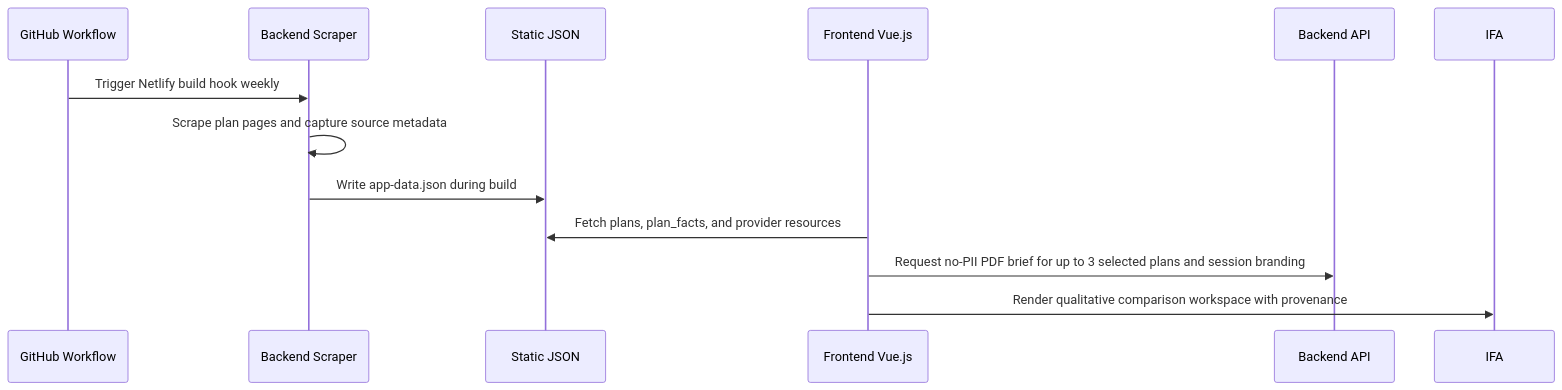
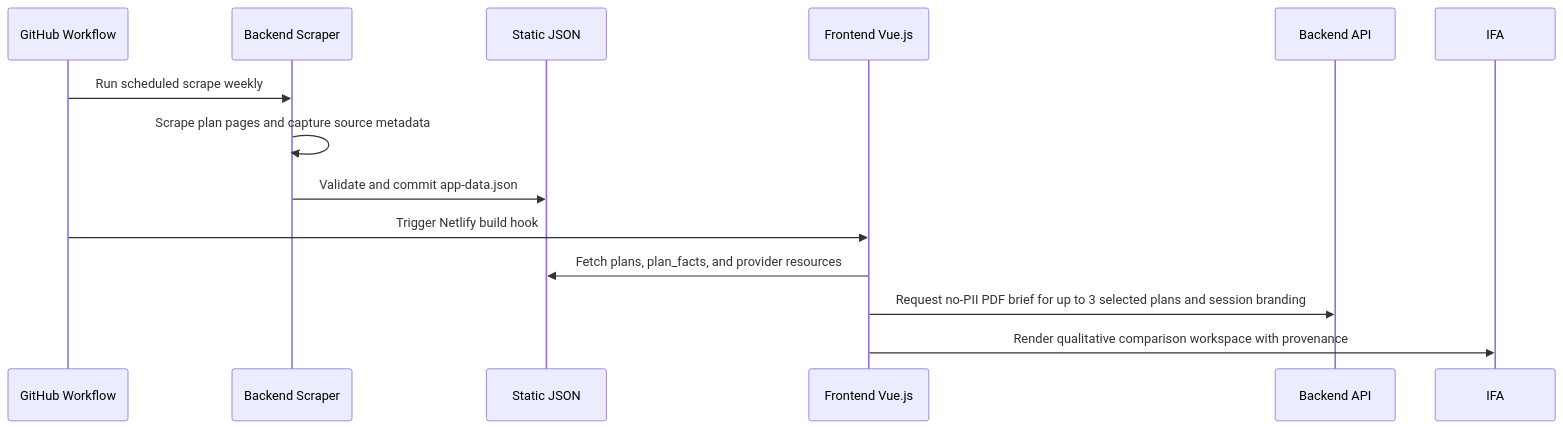
Before and after one commit to gongahkia/be-sure-ance: the first of 2 diagrams in README.md, drawn with Mermaid. The commit also changed other lines of this file and 24 other files, not shown here.

````diff
--- a/README.md
+++ b/README.md
@@ -173,16 +173,17 @@
 ```mermaid
 sequenceDiagram
     participant GitHub Workflow
     participant Backend Scraper
     participant Static JSON
     participant Frontend Vue.js
     participant Backend API
     participant IFA
 
-    GitHub Workflow->>Backend Scraper: Trigger Netlify build hook weekly
+    GitHub Workflow->>Backend Scraper: Run scheduled scrape weekly
     Backend Scraper->>Backend Scraper: Scrape plan pages and capture source metadata
-    Backend Scraper->>Static JSON: Write app-data.json during build
+    Backend Scraper->>Static JSON: Validate and commit app-data.json
+    GitHub Workflow->>Frontend Vue.js: Trigger Netlify build hook
     Frontend Vue.js->>Static JSON: Fetch plans, plan_facts, and provider resources
     Frontend Vue.js->>Backend API: Request no-PII PDF brief for up to 3 selected plans and session branding
     Frontend Vue.js->>IFA: Render qualitative comparison workspace with provenance
 ```
````
